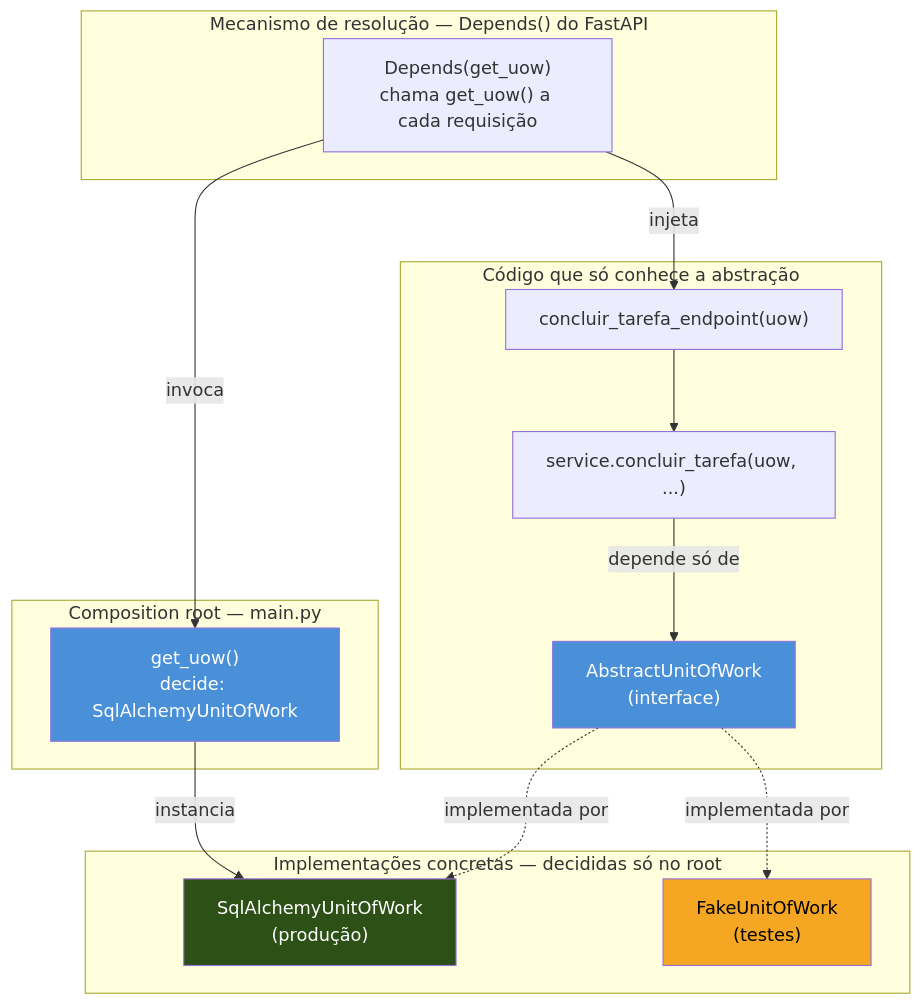
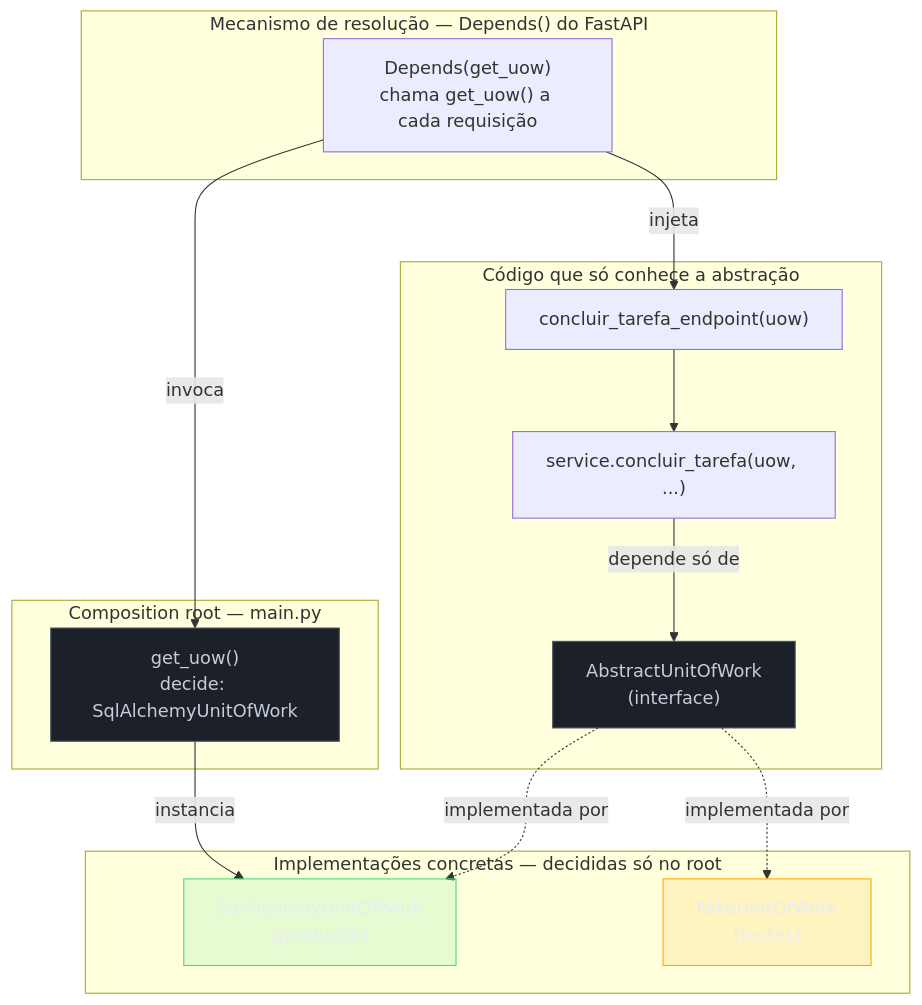
Before and after one commit to josenaldo/codex-technomanticus: the diagram in 03-Dominios/Tecnologia/Python/Arquitetura e Design Patterns/05 - Injeção de dependência como princípio — sem framework pesado.md, drawn with Mermaid. The commit also changed 1181 other files, not shown here.

First line of the commit message:
fix(diagramas): paleta do sistema no lugar de cor cravada no markdown

````diff
--- a/03-Dominios/Tecnologia/Python/Arquitetura e Design Patterns/05 - Injeção de dependência como princípio — sem framework pesado.md
+++ b/03-Dominios/Tecnologia/Python/Arquitetura e Design Patterns/05 - Injeção de dependência como princípio — sem framework pesado.md
@@ -193,34 +193,37 @@
 ```mermaid
 flowchart TB
+    classDef neutro fill:#1B2029,stroke:#4E5666,color:#C6CCD8
+    classDef ok fill:#4ADE8021,stroke:#4ADE80,color:#E9ECF2
+    classDef destaque fill:#FFAA0024,stroke:#FFAA00,color:#E9ECF2
     subgraph Root["Composition root — main.py"]
         DECISAO["get_uow()\ndecide: SqlAlchemyUnitOfWork"]
     end
 
     subgraph Mecanismo["Mecanismo de resolução — Depends() do FastAPI"]
         DEP["Depends(get_uow)\nchama get_uow() a cada requisição"]
     end
 
     subgraph Consumo["Código que só conhece a abstração"]
         HANDLER["concluir_tarefa_endpoint(uow)"]
         SVC["service.concluir_tarefa(uow, ...)"]
         UOW_ABS["AbstractUnitOfWork\n(interface)"]
     end
 
     subgraph Impl["Implementações concretas — decididas só no root"]
         SQL["SqlAlchemyUnitOfWork\n(produção)"]
         FAKE["FakeUnitOfWork\n(testes)"]
     end
 
     DECISAO -->|"instancia"| SQL
     DEP -->|"invoca"| DECISAO
     DEP -->|"injeta"| HANDLER
     HANDLER --> SVC
     SVC -->|"depende só de"| UOW_ABS
     UOW_ABS -.->|"implementada por"| SQL
     UOW_ABS -.->|"implementada por"| FAKE
 
-    style DECISAO fill:#4A90D9,color:#fff
-    style UOW_ABS fill:#4A90D9,color:#fff
-    style SQL fill:#2d5016,color:#fff
-    style FAKE fill:#F5A623,color:#000
+    class DECISAO neutro
+    class UOW_ABS neutro
+    class SQL ok
+    class FAKE destaque
 ```
````
